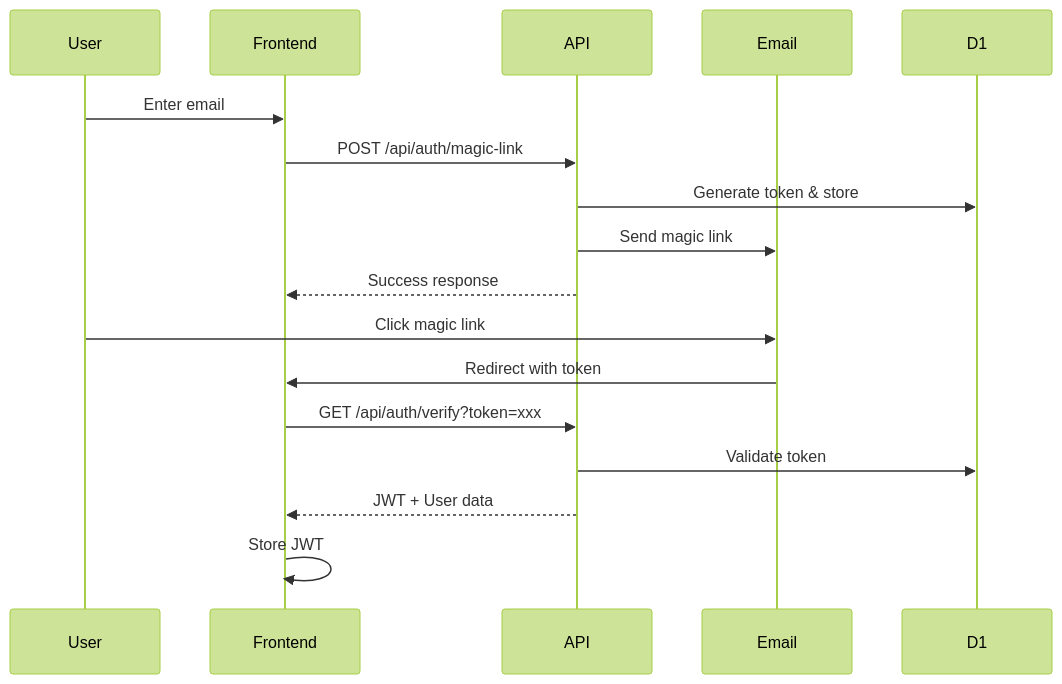
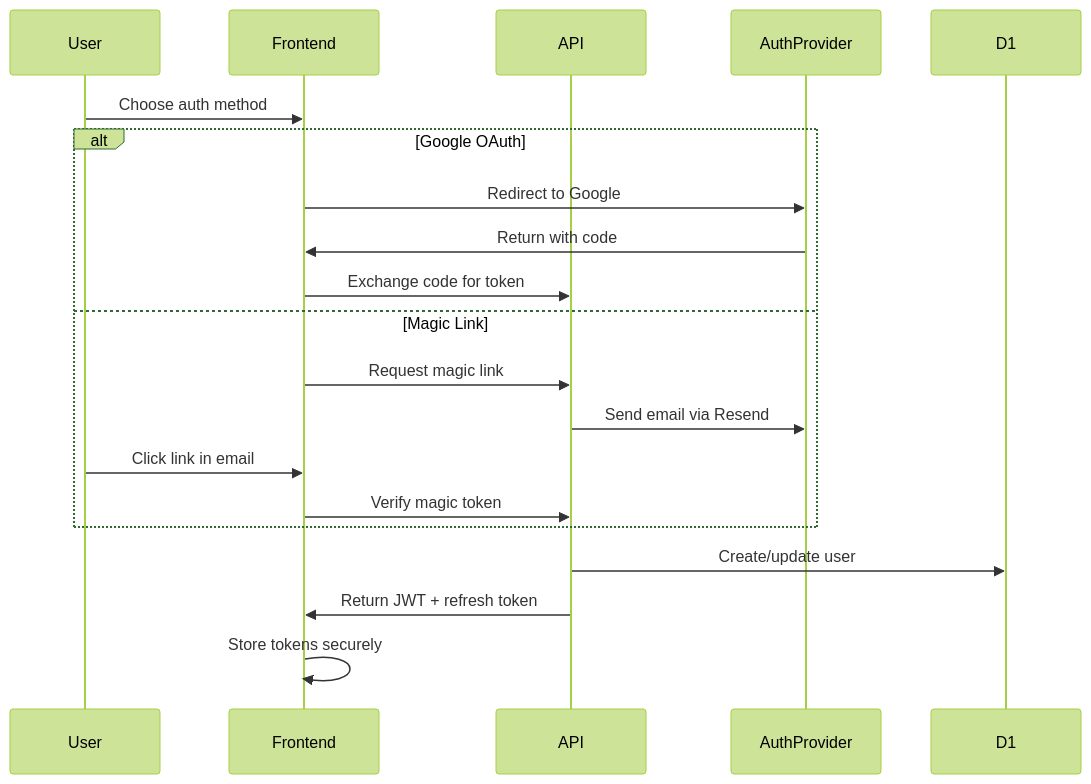
One commit to pezware/mirubato changed the diagram in docs/specs/03-api/authentication.md. Above: the diagram before and after it, drawn with Mermaid (forest theme). The commit also changed other lines of this file and 6 other files, not shown here.

````diff
--- a/docs/specs/03-api/authentication.md
+++ b/docs/specs/03-api/authentication.md
@@ -15,20 +53,23 @@
 ```mermaid
 sequenceDiagram
     participant User
     participant Frontend
     participant API
-    participant Email
+    participant AuthProvider
     participant D1
 
-    User->>Frontend: Enter email
-    Frontend->>API: POST /api/auth/magic-link
-    API->>D1: Generate token & store
-    API->>Email: Send magic link
-    API-->>Frontend: Success response
-    User->>Email: Click magic link
-    Email->>Frontend: Redirect with token
-    Frontend->>API: GET /api/auth/verify?token=xxx
-    API->>D1: Validate token
-    API-->>Frontend: JWT + User data
-    Frontend->>Frontend: Store JWT
+    User->>Frontend: Choose auth method
+    alt Google OAuth
+        Frontend->>AuthProvider: Redirect to Google
+        AuthProvider->>Frontend: Return with code
+        Frontend->>API: Exchange code for token
+    else Magic Link
+        Frontend->>API: Request magic link
+        API->>AuthProvider: Send email via Resend
+        User->>Frontend: Click link in email
+        Frontend->>API: Verify magic token
+    end
+    API->>D1: Create/update user
+    API->>Frontend: Return JWT + refresh token
+    Frontend->>Frontend: Store tokens securely
 ```
````
